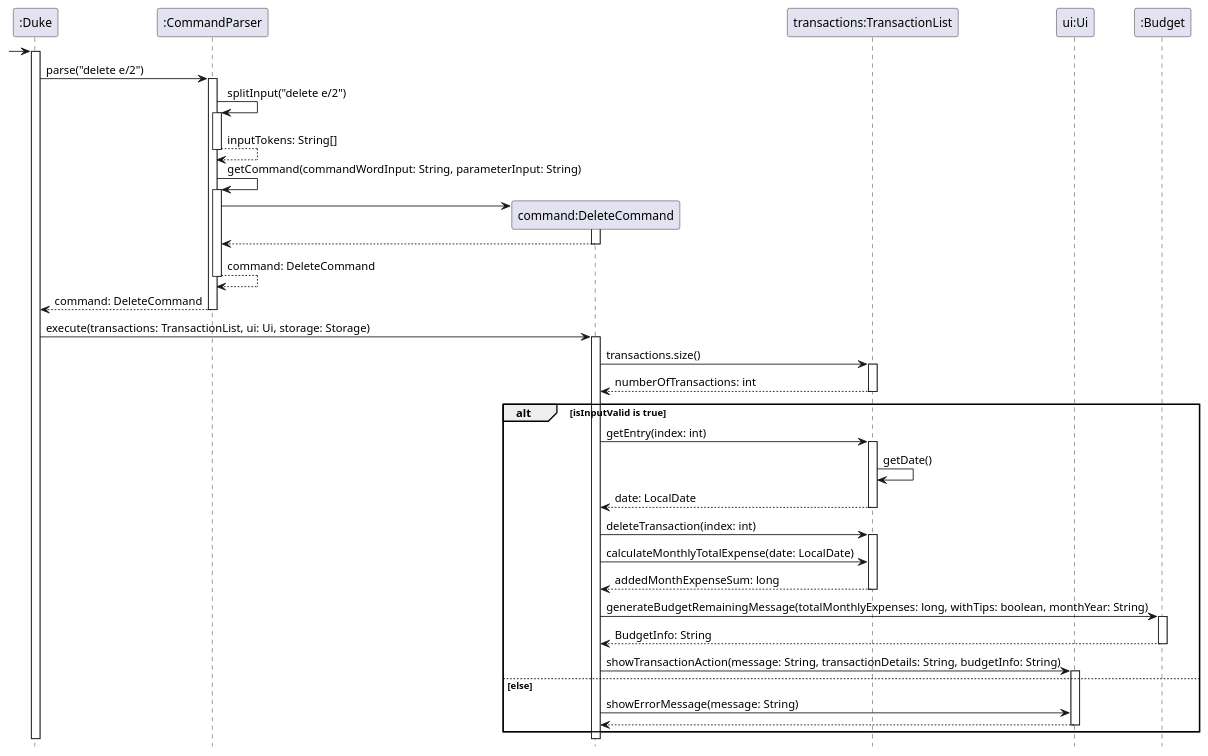
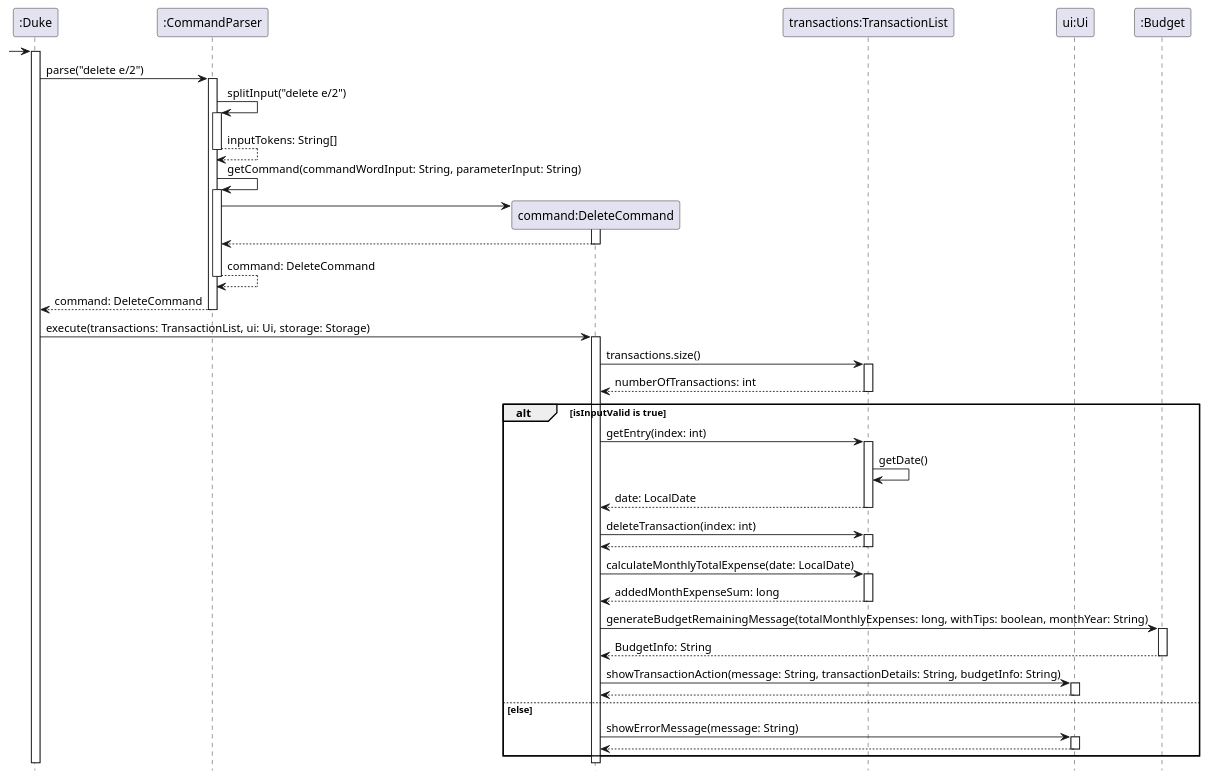
The diagram in docs/diagram/DeleteCommandSequenceDiagram.puml (nus-cs2113-AY2223S1/tp), drawn with PlantUML before and after one commit. The commit also changed 2 other files, not shown here.

Commit message:
Add Edit Command Diagram

```diff
--- a/docs/diagram/DeleteCommandSequenceDiagram.puml
+++ b/docs/diagram/DeleteCommandSequenceDiagram.puml
@@ -1,62 +1,66 @@
 @startuml
 'https://plantuml.com/sequence-diagram
 
 hide footbox
 
 Participant ":Duke" as Duke
 Participant ":CommandParser" as CommandParser
 Participant "command:DeleteCommand" as DeleteCommand
 Participant "transactions:TransactionList" as Transactions
 Participant "ui:Ui" as Ui
 Participant ":Budget" as Budget
 
 -> Duke
 activate Duke
 
 Duke -> CommandParser:parse("delete e/2")
 activate CommandParser
 
 CommandParser -> CommandParser:splitInput("delete e/2")
 activate CommandParser
 return inputTokens: String[]
 
 CommandParser -> CommandParser:getCommand(commandWordInput: String, parameterInput: String)
 activate CommandParser
 
 create DeleteCommand
 CommandParser -> DeleteCommand
 activate DeleteCommand
 return
 
 return command: DeleteCommand
 
 return command: DeleteCommand
 deactivate CommandParser
 
 Duke -> DeleteCommand:execute(transactions: TransactionList, ui: Ui, storage: Storage)
 activate DeleteCommand
 
 DeleteCommand -> Transactions:transactions.size()
 activate Transactions
 return numberOfTransactions: int
 
 alt isInputValid is true
     DeleteCommand -> Transactions:getEntry(index: int)
     activate Transactions
     Transactions -> Transactions:getDate()
     return date: LocalDate
     DeleteCommand -> Transactions:deleteTransaction(index: int)
     activate Transactions
+    return
     DeleteCommand -> Transactions:calculateMonthlyTotalExpense(date: LocalDate)
+    activate Transactions
     return addedMonthExpenseSum: long
     DeleteCommand -> Budget:generateBudgetRemainingMessage(totalMonthlyExpenses: long, withTips: boolean, monthYear: String)
     activate Budget
     return BudgetInfo: String
     DeleteCommand -> Ui:showTransactionAction(message: String, transactionDetails: String, budgetInfo: String)
     activate Ui
+    return
 else else
     DeleteCommand -> Ui:showErrorMessage(message: String)
+    activate Ui
     return
 end
 
 @enduml
```
